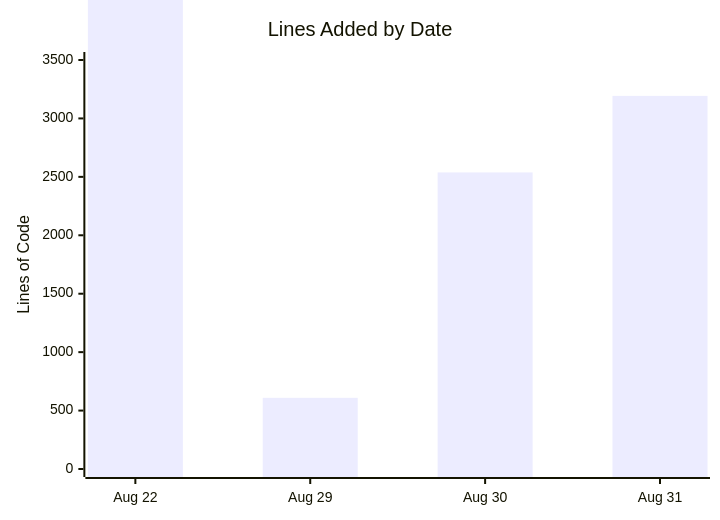
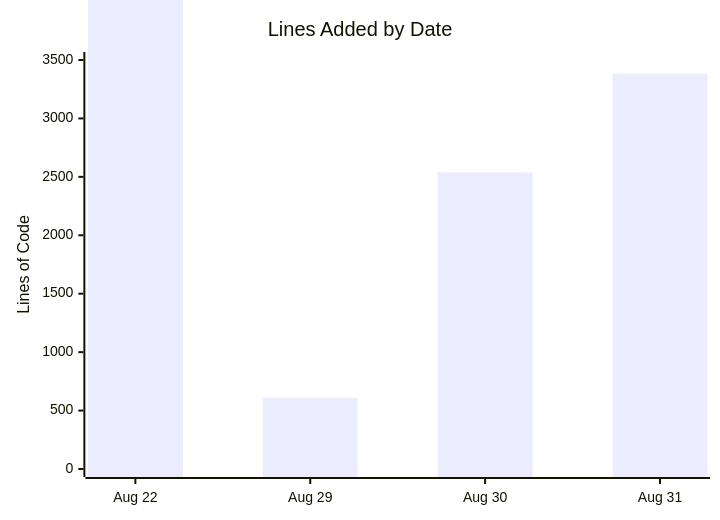
Before and after one commit to roger64s/CodeWithKris: the second of 2 diagrams in docs/PROJECT_SUMMARY.md, drawn with Mermaid. The commit also changed other lines of this file and 4 other files, not shown here.

````diff
--- a/docs/PROJECT_SUMMARY.md
+++ b/docs/PROJECT_SUMMARY.md
@@ -32,7 +32,7 @@
 ```mermaid
 xychart-beta
     title "Lines Added by Date"
     x-axis ["Aug 22", "Aug 29", "Aug 30", "Aug 31"]
     y-axis "Lines of Code" 0 --> 3500
-    bar [5208, 609, 2538, 3193]
+    bar [5208, 609, 2538, 3383]
 ```
````
